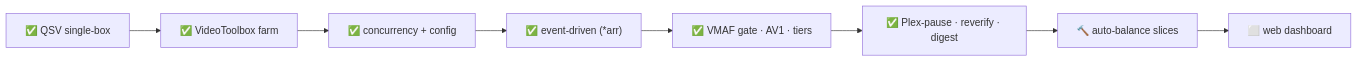
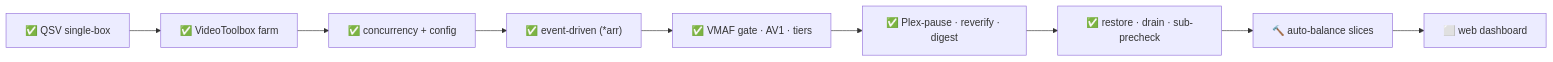
One commit to shoemoney/mediaoptimizer changed the fifth of 5 diagrams in README.md. Above: the diagram before and after it, drawn with Mermaid. The commit also changed other lines of this file, not shown here.

Commit message:
docs: 📦 restore, drain, subtitle pre-check, conf-drift, claims/probe in status

````diff
--- a/README.md
+++ b/README.md
@@ -328,10 +332,11 @@
 ```mermaid
 flowchart LR
     A["✅ QSV single-box"] --> B["✅ VideoToolbox farm"]
     B --> C["✅ concurrency + config"]
     C --> G["✅ event-driven (*arr)"]
     G --> H["✅ VMAF gate · AV1 · tiers"]
     H --> I["✅ Plex-pause · reverify · digest"]
-    I --> D["🔨 auto-balance slices"]
+    I --> J["✅ restore · drain · sub-precheck"]
+    J --> D["🔨 auto-balance slices"]
     D --> F["⬜ web dashboard"]
 ```
````
